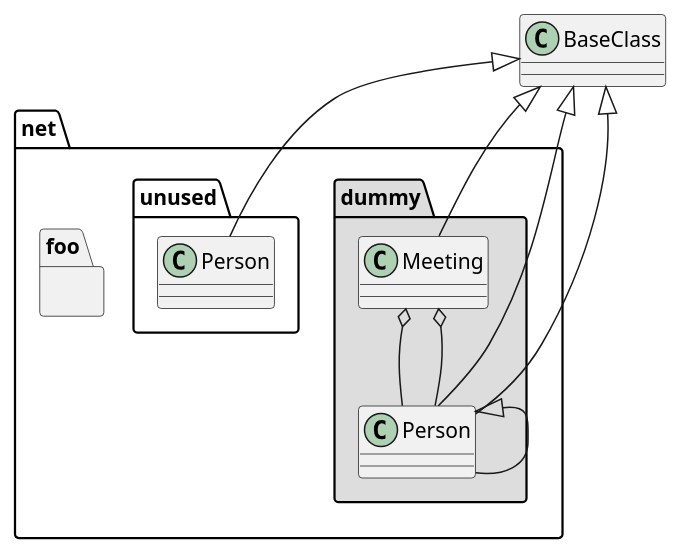
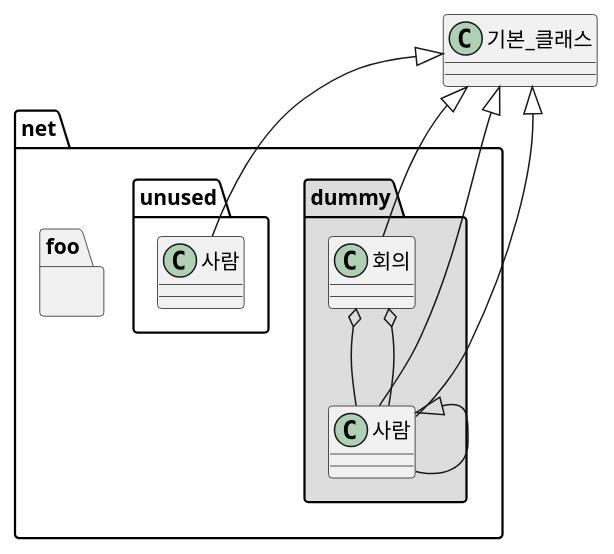
One commit to weseek/growi changed the second of 8 diagrams in apps/app/resource/locales/ko_KR/sandbox-diagrams.md. Above: the diagram before and after it, drawn with PlantUML. The commit also changed other lines of this file and 17 other files, not shown here.

````diff
--- a/apps/app/resource/locales/ko_KR/sandbox-diagrams.md
+++ b/apps/app/resource/locales/ko_KR/sandbox-diagrams.md
@@ -65,23 +64,23 @@
 ``` plantuml
 @startuml
 
-class BaseClass
+class 기본_클래스
 
 namespace net.dummy #DDDDDD {
-    .BaseClass <|-- Person
-    Meeting o-- Person
+    .기본_클래스 <|-- 사람
+    회의 o-- 사람
 
-    .BaseClass <|- Meeting
+    .기본_클래스 <|- 회의
 }
 
 namespace net.foo {
-  net.dummy.Person  <|- Person
-  .BaseClass <|-- Person
+  net.dummy.사람  <|- 사람
+  .기본_클래스 <|-- 사람
 
-  net.dummy.Meeting o-- Person
+  net.dummy.회의 o-- 사람
 }
 
-BaseClass <|-- net.unused.Person
+기본_클래스 <|-- net.unused.사람
 
 @enduml
 ```
````
